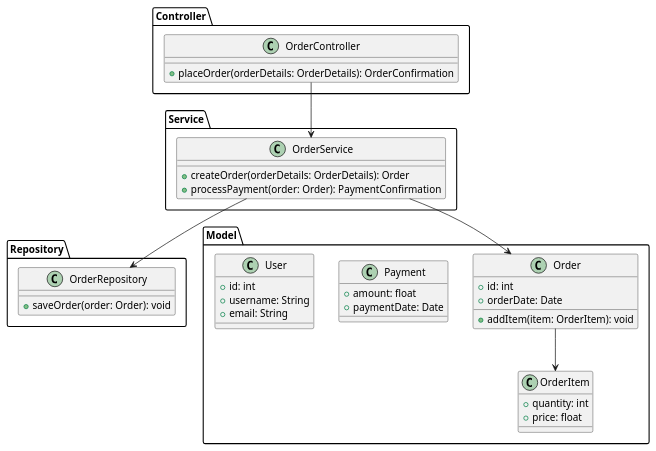
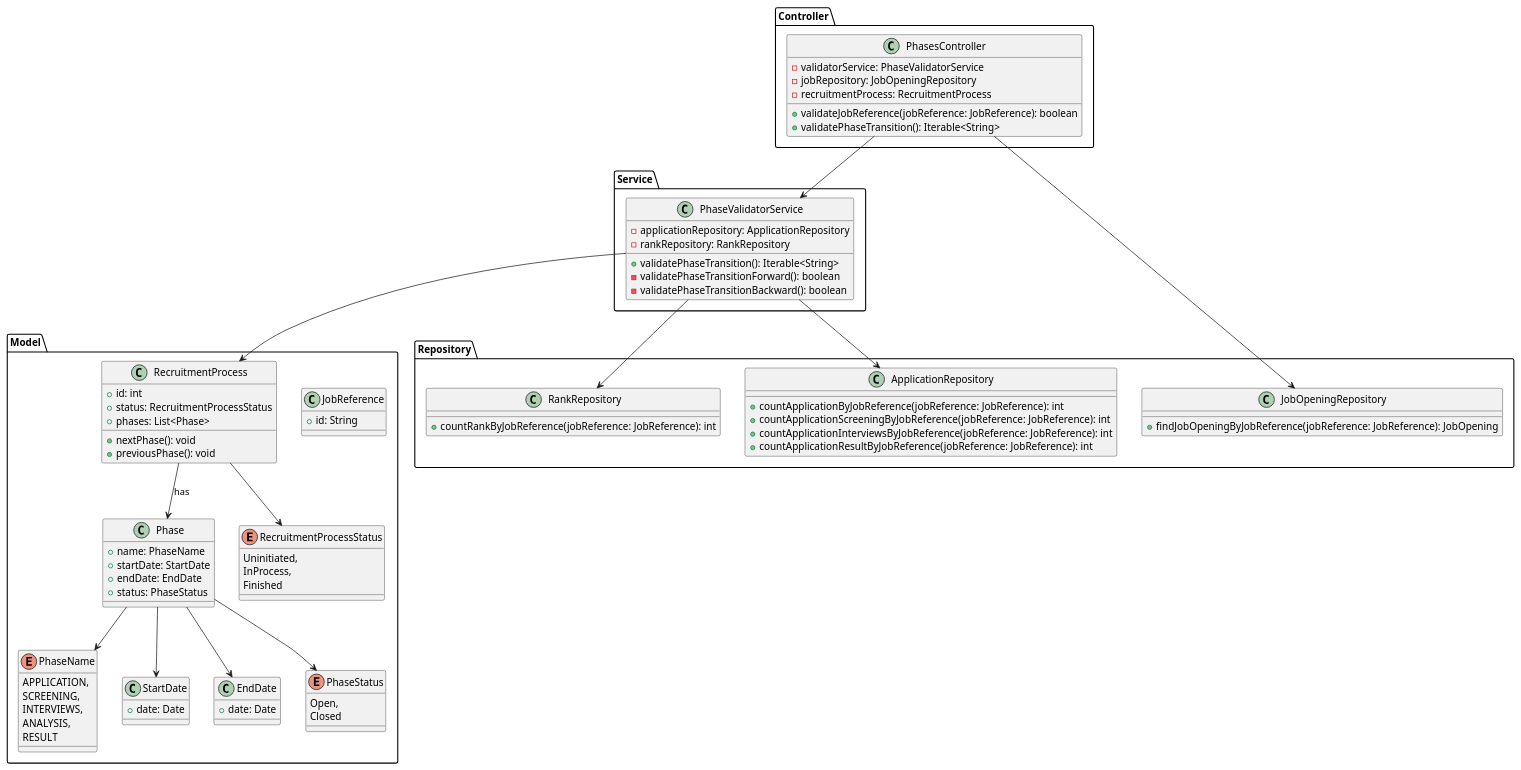
One commit to Mendoncaa/LAPR4 changed the diagram in docs/sprintC/US1010/03.design/puml/CD.puml. Above: the diagram before and after it, drawn with PlantUML. The commit also changed 2 other files, not shown here.

Commit message:
#40 US1010 Developed and documented the class diagram (CD).

```diff
--- a/docs/sprintC/US1010/03.design/puml/CD.puml
+++ b/docs/sprintC/US1010/03.design/puml/CD.puml
@@ -1,49 +1,100 @@
 @startuml ClassDiagram
+
 package Controller {
-    class OrderController {
-        +placeOrder(orderDetails: OrderDetails): OrderConfirmation
+    class PhasesController {
+        - validatorService: PhaseValidatorService
+        - jobRepository: JobOpeningRepository
+        - recruitmentProcess: RecruitmentProcess
+        + validateJobReference(jobReference: JobReference): boolean
+        + validatePhaseTransition(): Iterable<String>
     }
 }
 
 package Service {
-    class OrderService {
-        +createOrder(orderDetails: OrderDetails): Order
-        +processPayment(order: Order): PaymentConfirmation
+    class PhaseValidatorService {
+        - applicationRepository: ApplicationRepository
+        - rankRepository: RankRepository
+        + validatePhaseTransition(): Iterable<String>
+        - validatePhaseTransitionForward(): boolean
+        - validatePhaseTransitionBackward(): boolean
     }
 }
 
 package Repository {
-    class OrderRepository {
-        +saveOrder(order: Order): void
+    class JobOpeningRepository {
+        + findJobOpeningByJobReference(jobReference: JobReference): JobOpening
+    }
+
+    class ApplicationRepository {
+        + countApplicationByJobReference(jobReference: JobReference): int
+        + countApplicationScreeningByJobReference(jobReference: JobReference): int
+        + countApplicationInterviewsByJobReference(jobReference: JobReference): int
+        + countApplicationResultByJobReference(jobReference: JobReference): int
+    }
+
+    class RankRepository {
+        + countRankByJobReference(jobReference: JobReference): int
     }
 }
 
 package Model {
-    class Order {
-        +id: int
-        +orderDate: Date
-        +addItem(item: OrderItem): void
+    class JobReference {
+        +id: String
     }
 
-    class OrderItem {
-        +quantity: int
-        +price: float
+    class RecruitmentProcess {
+        +id: int
+        +status: RecruitmentProcessStatus
+        +phases: List<Phase>
+        + nextPhase(): void
+        + previousPhase(): void
     }
 
-    class Payment {
-        +amount: float
-        +paymentDate: Date
+    class Phase {
+        +name: PhaseName
+        +startDate: StartDate
+        +endDate: EndDate
+        +status: PhaseStatus
     }
 
-    class User {
-        +id: int
-        +username: String
-        +email: String
+    enum PhaseName {
+        APPLICATION,
+        SCREENING,
+        INTERVIEWS,
+        ANALYSIS,
+        RESULT
+    }
+
+    class StartDate {
+        +date: Date
+    }
+
+    class EndDate {
+        +date: Date
+    }
+
+    enum PhaseStatus {
+        Open,
+        Closed
+    }
+
+    enum RecruitmentProcessStatus {
+        Uninitiated,
+        InProcess,
+        Finished
     }
 }
 
-OrderController --> OrderService
-OrderService --> OrderRepository
-OrderService --> Order
-Order --> OrderItem
+PhasesController --> PhaseValidatorService
+PhasesController --> JobOpeningRepository
+PhaseValidatorService --> ApplicationRepository
+PhaseValidatorService --> RecruitmentProcess
+PhaseValidatorService --> RankRepository
+RecruitmentProcess --> Phase : "has"
+Phase --> PhaseName
+Phase --> StartDate
+Phase --> EndDate
+Phase --> PhaseStatus
+RecruitmentProcess --> RecruitmentProcessStatus
+
 @enduml
```
